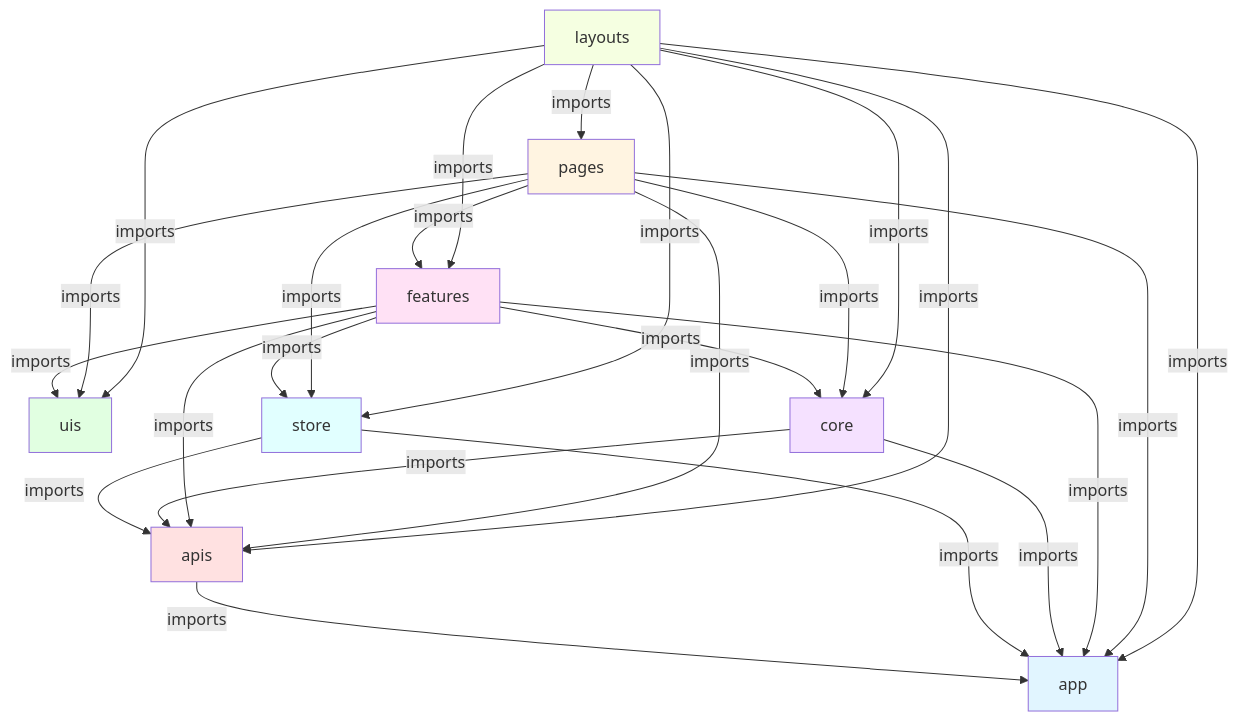
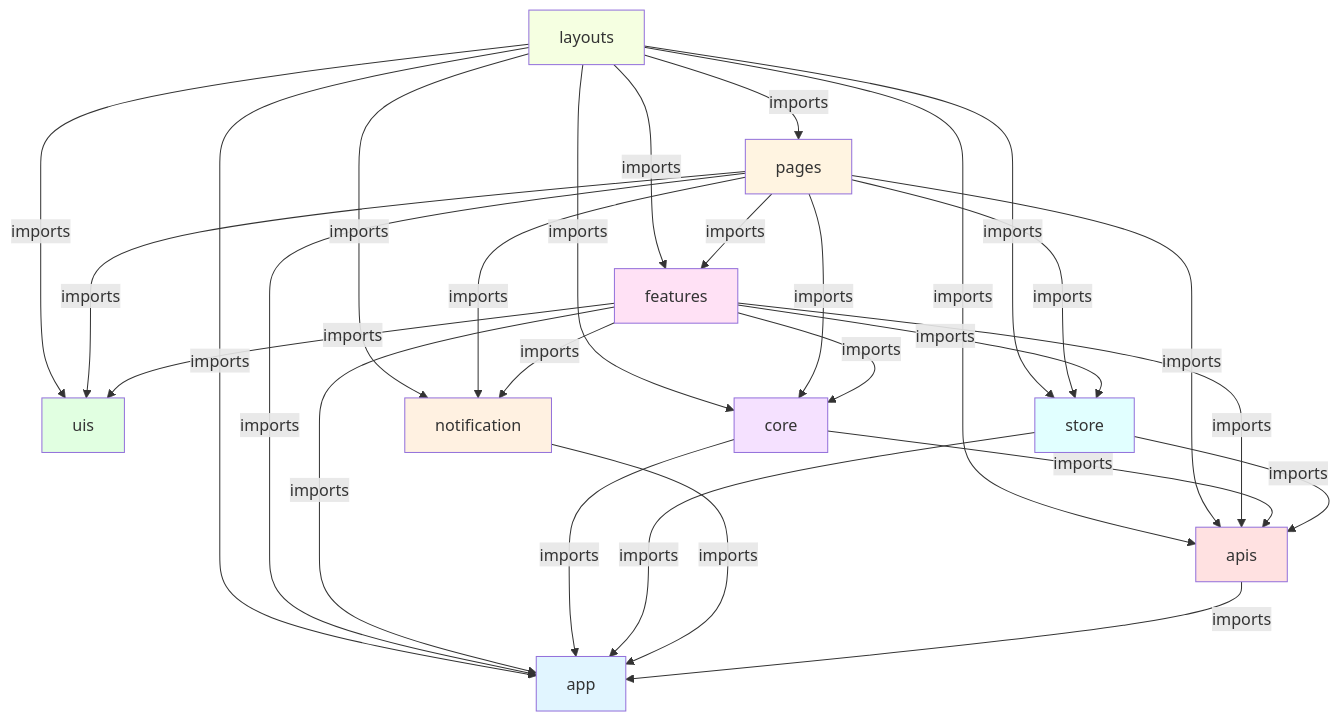
The diagram in docs/rules/architecture.md (simpscal/notism-web), drawn with Mermaid before and after one commit. The commit also changed other lines of this file and 19 other files, not shown here.

````diff
--- a/docs/rules/architecture.md
+++ b/docs/rules/architecture.md
@@ -39,49 +41,56 @@
 ```mermaid
 graph TD
     Layouts[layouts]
     Pages[pages]
     Features[features]
     Uis[uis]
     Core[core]
     Store[store]
+    Notification[notification]
     APIs[apis]
     App[app]
 
     Layouts -->|imports| Pages
     Layouts -->|imports| Features
     Layouts -->|imports| Uis
     Layouts -->|imports| Core
     Layouts -->|imports| Store
+    Layouts -->|imports| Notification
     Layouts -->|imports| APIs
     Layouts -->|imports| App
 
     Pages -->|imports| Features
     Pages -->|imports| Uis
     Pages -->|imports| Core
     Pages -->|imports| Store
+    Pages -->|imports| Notification
     Pages -->|imports| APIs
     Pages -->|imports| App
 
     Features -->|imports| Uis
     Features -->|imports| Core
     Features -->|imports| Store
+    Features -->|imports| Notification
     Features -->|imports| APIs
     Features -->|imports| App
 
     Core -->|imports| APIs
     Core -->|imports| App
 
     Store -->|imports| APIs
     Store -->|imports| App
 
+    Notification -->|imports| App
+
     APIs -->|imports| App
 
     style Layouts fill:#f5ffe1
     style Pages fill:#fff4e1
     style Features fill:#ffe1f5
     style Uis fill:#e1ffe1
     style Core fill:#f5e1ff
     style Store fill:#e1ffff
+    style Notification fill:#fff1e1
     style APIs fill:#ffe1e1
     style App fill:#e1f5ff
 ```
````
